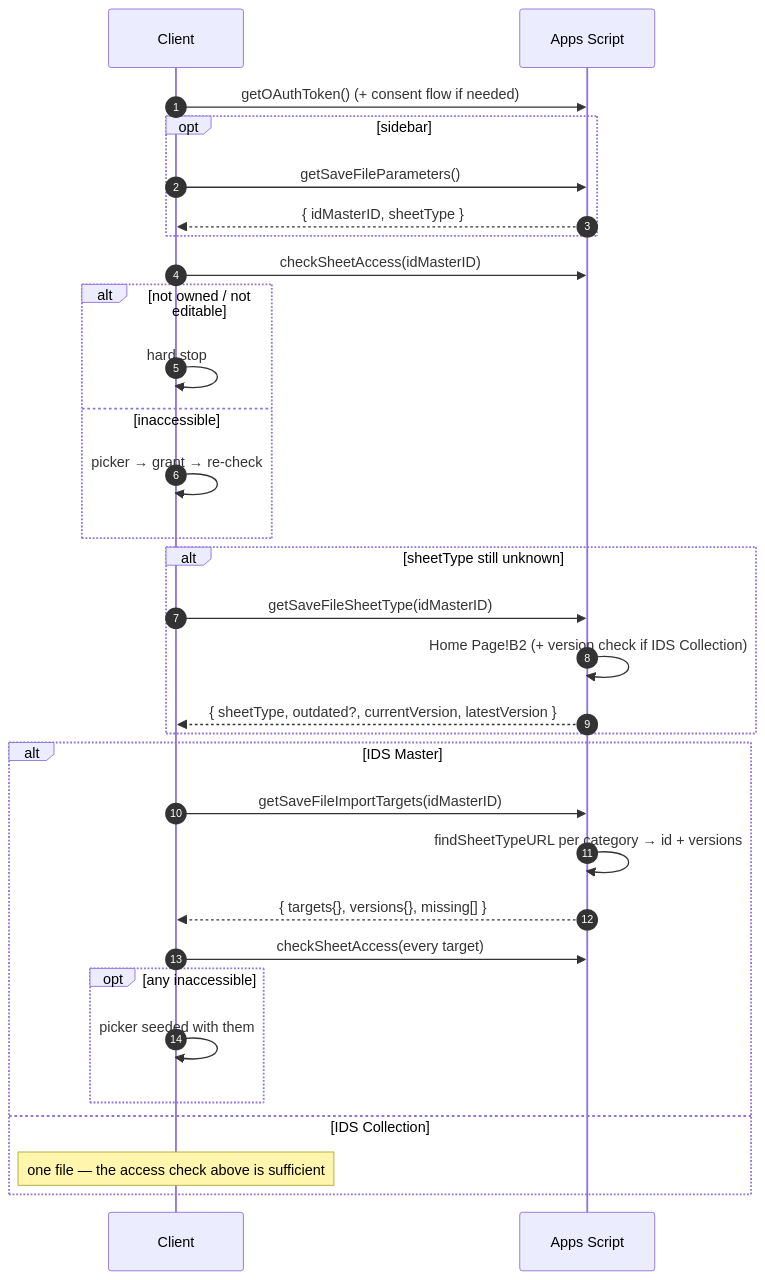
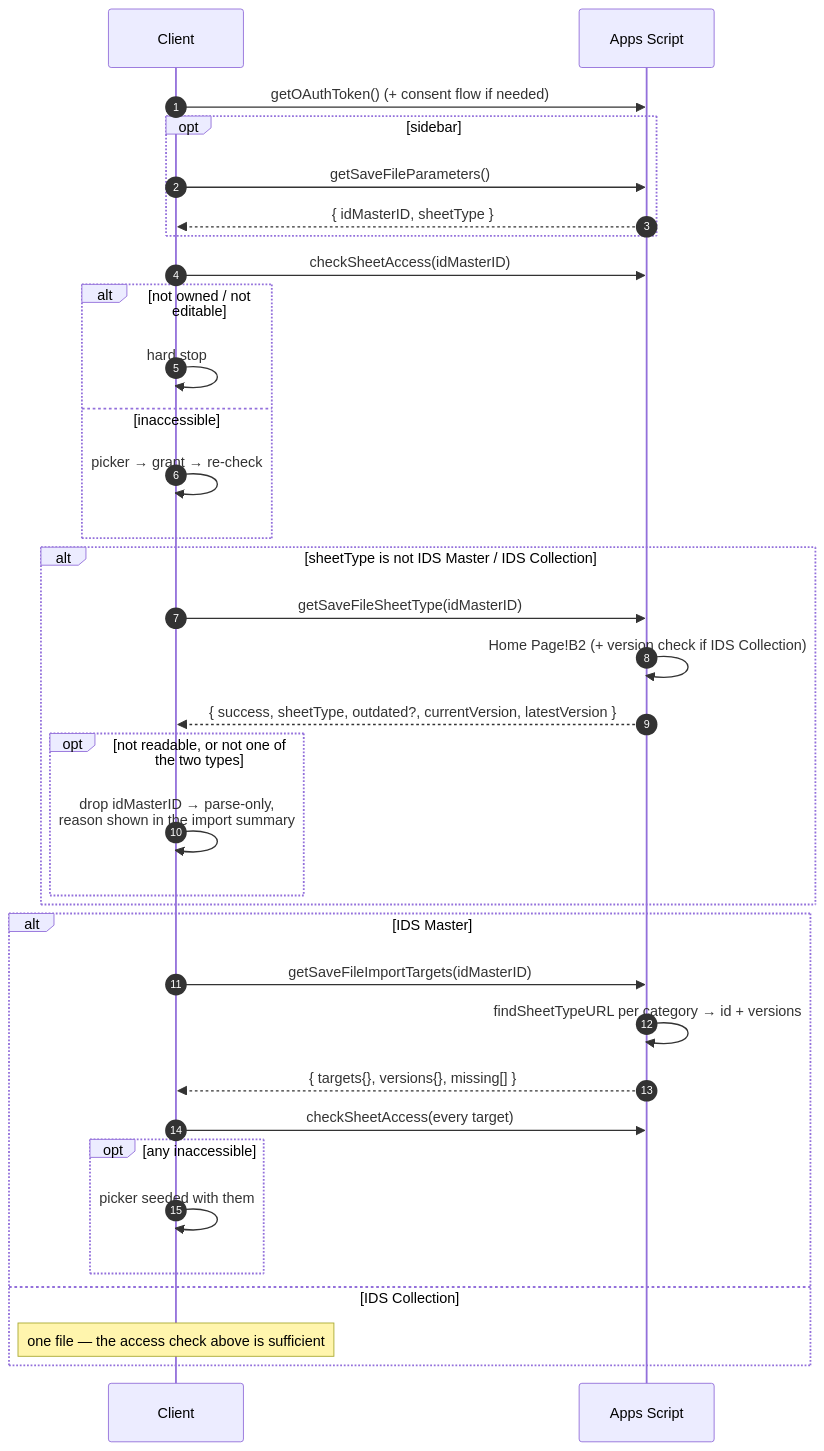
The third of 6 diagrams in documentation/04-workflow-save-file-import.md (Bisse123/The-Tower-App-Script), drawn with Mermaid before and after one commit. The commit also changed 5 other files, not shown here.

````diff
--- a/documentation/04-workflow-save-file-import.md
+++ b/documentation/04-workflow-save-file-import.md
@@ -144,37 +144,40 @@
 ```mermaid
 sequenceDiagram
     autonumber
     participant C as Client
     participant S as Apps Script
 
     C->>S: getOAuthToken() (+ consent flow if needed)
     opt sidebar
         C->>S: getSaveFileParameters()
         S-->>C: { idMasterID, sheetType }
     end
 
     C->>S: checkSheetAccess(idMasterID)
     alt not owned / not editable
         C->>C: hard stop
     else inaccessible
         C->>C: picker → grant → re-check
     end
 
-    alt sheetType still unknown
+    alt sheetType is not IDS Master / IDS Collection
         C->>S: getSaveFileSheetType(idMasterID)
         S->>S: Home Page!B2 (+ version check if IDS Collection)
-        S-->>C: { sheetType, outdated?, currentVersion, latestVersion }
+        S-->>C: { success, sheetType, outdated?, currentVersion, latestVersion }
+        opt not readable, or not one of the two types
+            C->>C: drop idMasterID → parse-only,<br/>reason shown in the import summary
+        end
     end
 
     alt IDS Master
         C->>S: getSaveFileImportTargets(idMasterID)
         S->>S: findSheetTypeURL per category → id + versions
         S-->>C: { targets{}, versions{}, missing[] }
         C->>S: checkSheetAccess(every target)
         opt any inaccessible
             C->>C: picker seeded with them
         end
     else IDS Collection
         Note over C: one file — the access check above is sufficient
     end
 ```
````
